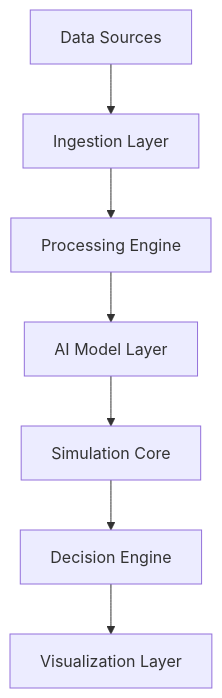
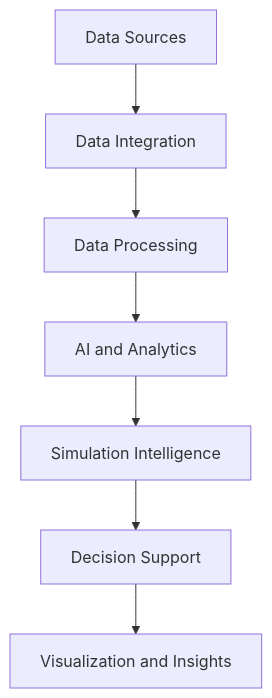
Before and after one commit to eippone/.github: the diagram in profile/README.md, drawn with Mermaid. The commit also changed other lines of this file, not shown here.

````diff
--- a/profile/README.md
+++ b/profile/README.md
@@ -176,10 +160,9 @@
 ```mermaid
 flowchart TD
-A[Data Sources] --> B[Ingestion Layer]
-B --> C[Processing Engine]
-C --> D[AI Model Layer]
-D --> E[Simulation Core]
-E --> F[Decision Engine]
-F --> G[Visualization Layer]
-
+    A[Data Sources] --> B[Data Integration]
+    B --> C[Data Processing]
+    C --> D[AI and Analytics]
+    D --> E[Simulation Intelligence]
+    E --> F[Decision Support]
+    F --> G[Visualization and Insights]
 ```
````
